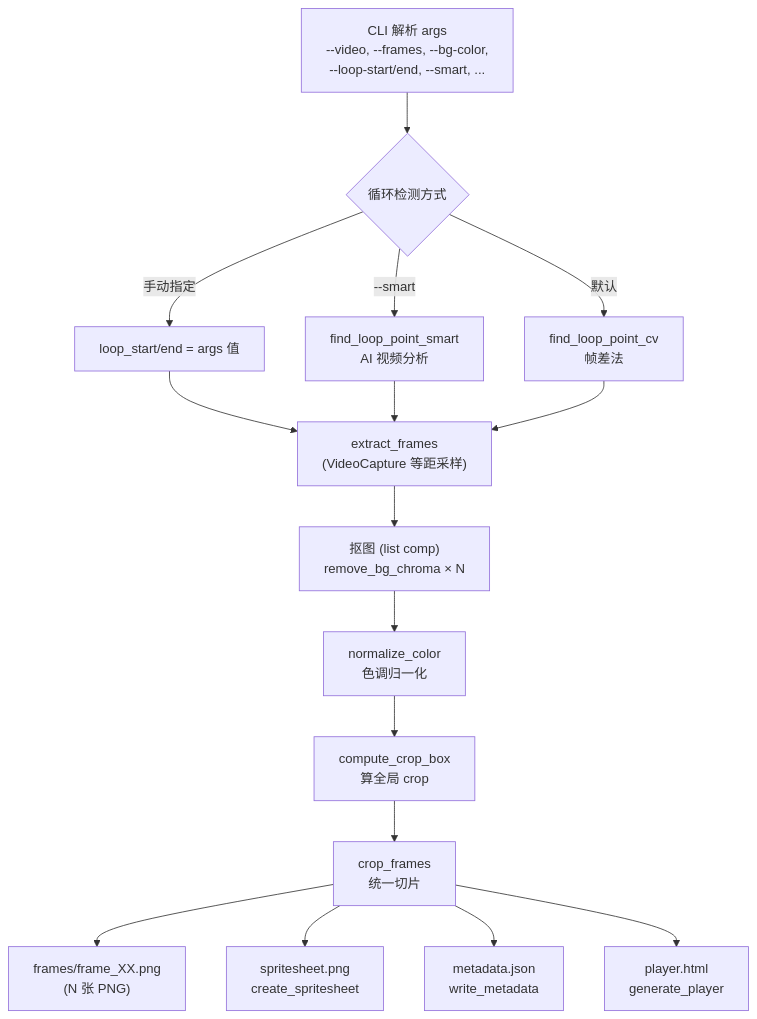
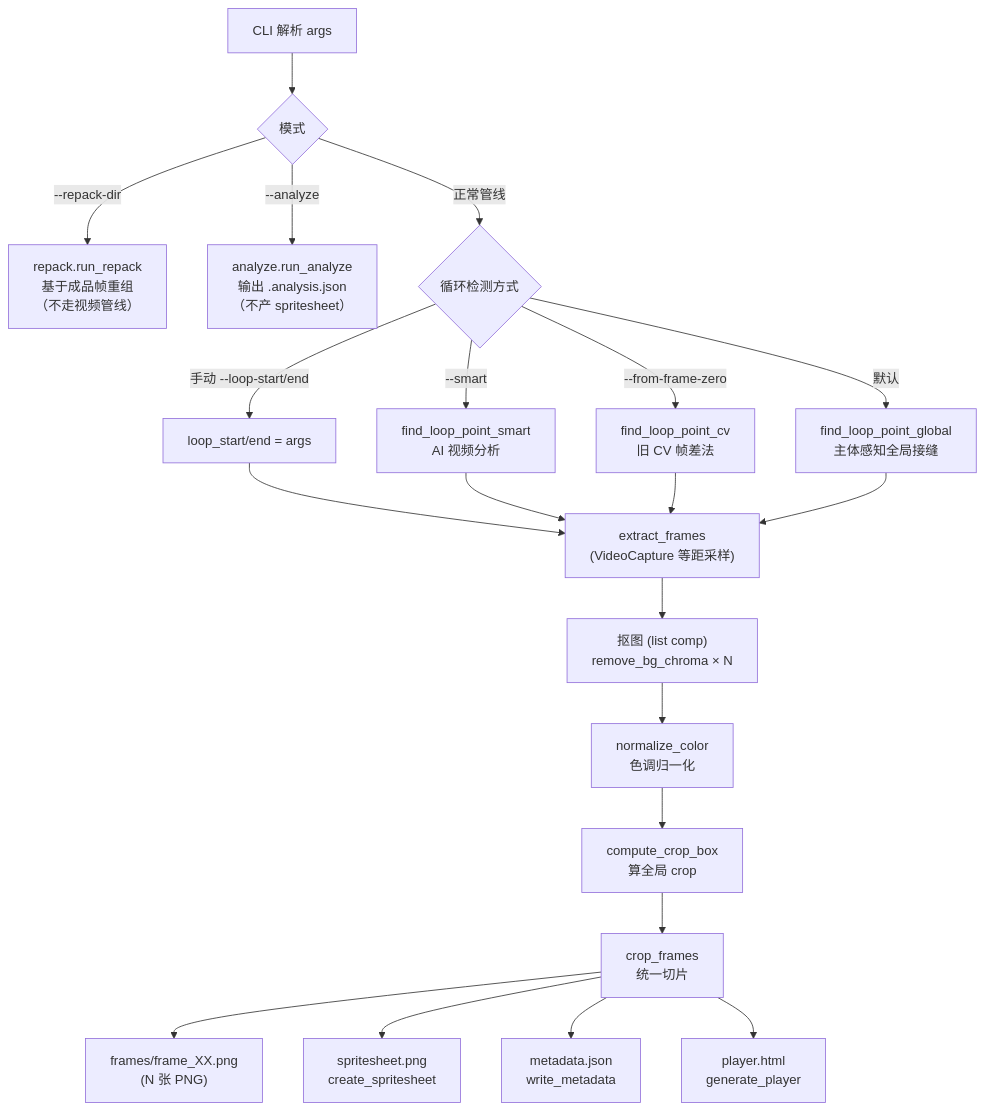
Before and after one commit to zrong/skills: the fifth of 6 diagrams in spritesheet/references/pipeline.md, drawn with Mermaid. The commit also changed other lines of this file and 8 other files, not shown here.

````diff
--- a/spritesheet/references/pipeline.md
+++ b/spritesheet/references/pipeline.md
@@ -179,18 +179,23 @@
 ```mermaid
 flowchart TB
-    A["CLI 解析 args<br/>--video, --frames, --bg-color,<br/>--loop-start/end, --smart, ..."] --> B{"循环检测方式"}
-    B -- "手动指定" --> C0["loop_start/end = args 值"]
+    A["CLI 解析 args"] --> M{"模式"}
+    M -- "--repack-dir" --> RP["repack.run_repack<br/>基于成品帧重组<br/>（不走视频管线）"]
+    M -- "--analyze" --> AN["analyze.run_analyze<br/>输出 .analysis.json<br/>（不产 spritesheet）"]
+    M -- "正常管线" --> B{"循环检测方式"}
+    B -- "手动 --loop-start/end" --> C0["loop_start/end = args"]
     B -- "--smart" --> C1["find_loop_point_smart<br/>AI 视频分析"]
-    B -- "默认" --> C2["find_loop_point_cv<br/>帧差法"]
+    B -- "--from-frame-zero" --> C2["find_loop_point_cv<br/>旧 CV 帧差法"]
+    B -- "默认" --> C3["find_loop_point_global<br/>主体感知全局接缝"]
     C0 --> D
     C1 --> D
-    C2 --> D["extract_frames<br/>(VideoCapture 等距采样)"]
+    C2 --> D
+    C3 --> D["extract_frames<br/>(VideoCapture 等距采样)"]
     D --> E["抠图 (list comp)<br/>remove_bg_chroma × N"]
     E --> F["normalize_color<br/>色调归一化"]
     F --> G["compute_crop_box<br/>算全局 crop"]
     G --> H["crop_frames<br/>统一切片"]
     H --> I1["frames/frame_XX.png<br/>(N 张 PNG)"]
     H --> I2["spritesheet.png<br/>create_spritesheet"]
     H --> I3["metadata.json<br/>write_metadata"]
     H --> I4["player.html<br/>generate_player"]
 ```
````
